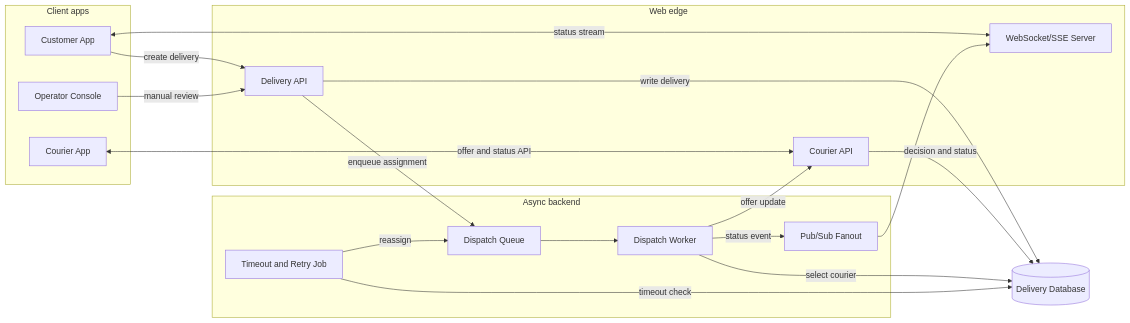
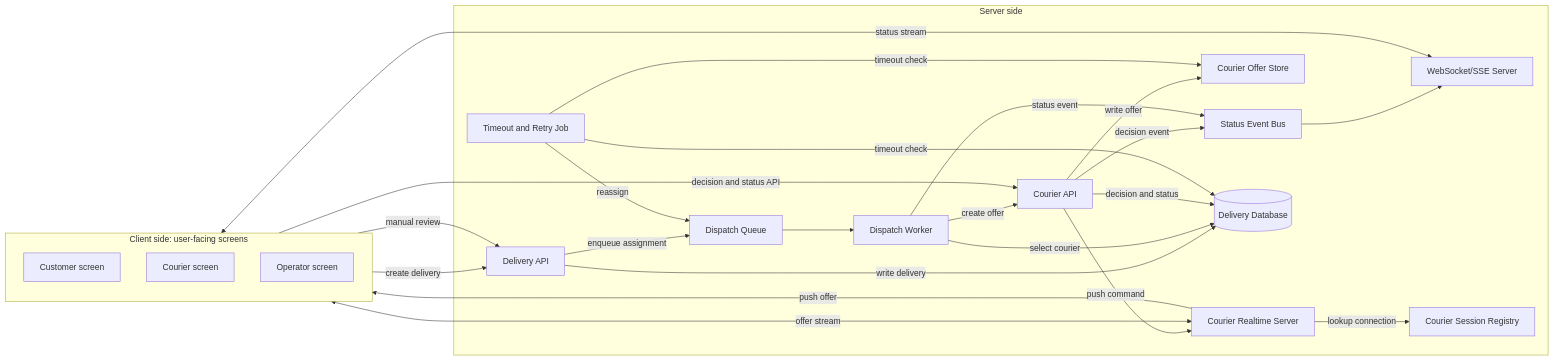
The first of 4 diagrams in framework/languages/dotnet/samples/DeliveryDispatch/README.ko.md (kairos-code-dev/zlink), drawn with Mermaid before and after one commit. The commit also changed other lines of this file and 67 other files, not shown here.

````diff
--- a/framework/languages/dotnet/samples/DeliveryDispatch/README.ko.md
+++ b/framework/languages/dotnet/samples/DeliveryDispatch/README.ko.md
@@ -53,39 +56,46 @@
 ```mermaid
 flowchart LR
-    subgraph ClientSide[Client apps]
-        CustomerApp[Customer App]
-        CourierApp[Courier App]
-        Operator[Operator Console]
+    subgraph ClientSide[Client side: user-facing screens]
+        direction TB
+        CustomerScreen[Customer screen]
+        CourierScreen[Courier screen]
+        OperatorScreen[Operator screen]
     end
 
-    subgraph WebEdge[Web edge]
+    subgraph ServerSide[Server side]
         DeliveryApi[Delivery API]
         CourierApi[Courier API]
+        CourierRealtime[Courier Realtime Server]
         Realtime[WebSocket/SSE Server]
-    end
-
-    subgraph AsyncBackend[Async backend]
         DispatchQueue[Dispatch Queue]
         Worker[Dispatch Worker]
         RetryJob[Timeout and Retry Job]
-        PubSub[Pub/Sub Fanout]
+        CourierRegistry[Courier Session Registry]
+        OfferStore[Courier Offer Store]
+        EventBus[Status Event Bus]
+        Database[(Delivery Database)]
     end
 
-    Database[(Delivery Database)]
-
-    CustomerApp -->|create delivery| DeliveryApi
-    CustomerApp <-->|status stream| Realtime
-    CourierApp <-->|offer and status API| CourierApi
-    Operator -->|manual review| DeliveryApi
+    CustomerScreen -->|create delivery| DeliveryApi
+    CustomerScreen <-->|status stream| Realtime
+    CourierScreen -->|decision and status API| CourierApi
+    CourierScreen <-->|offer stream| CourierRealtime
+    OperatorScreen -->|manual review| DeliveryApi
 
     DeliveryApi -->|write delivery| Database
     DeliveryApi -->|enqueue assignment| DispatchQueue
     DispatchQueue --> Worker
     Worker -->|select courier| Database
-    Worker -->|offer update| CourierApi
+    Worker -->|create offer| CourierApi
+    CourierApi -->|write offer| OfferStore
+    CourierApi -->|push command| CourierRealtime
+    CourierRealtime -->|lookup connection| CourierRegistry
+    CourierRealtime -->|push offer| CourierScreen
     CourierApi -->|decision and status| Database
+    CourierApi -->|decision event| EventBus
     RetryJob -->|timeout check| Database
+    RetryJob -->|timeout check| OfferStore
     RetryJob -->|reassign| DispatchQueue
-    Worker -->|status event| PubSub
-    PubSub --> Realtime
+    Worker -->|status event| EventBus
+    EventBus --> Realtime
 ```
````
